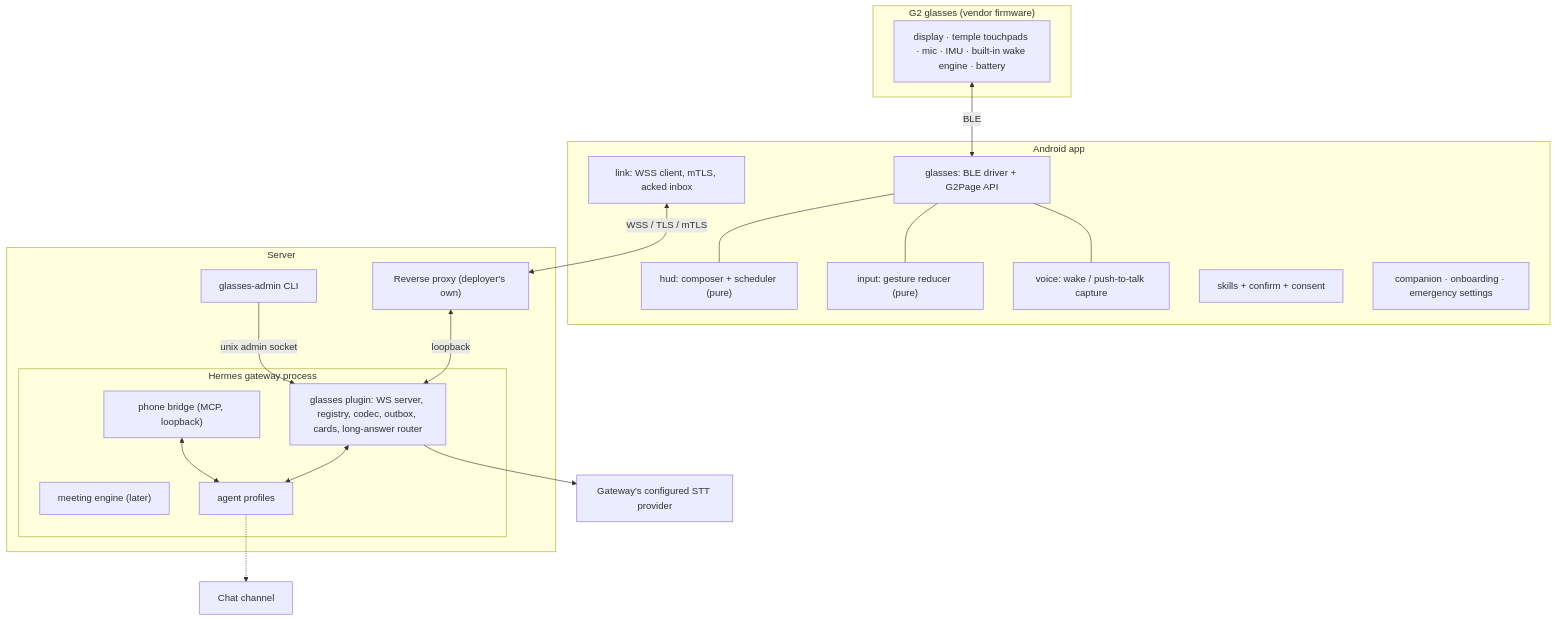
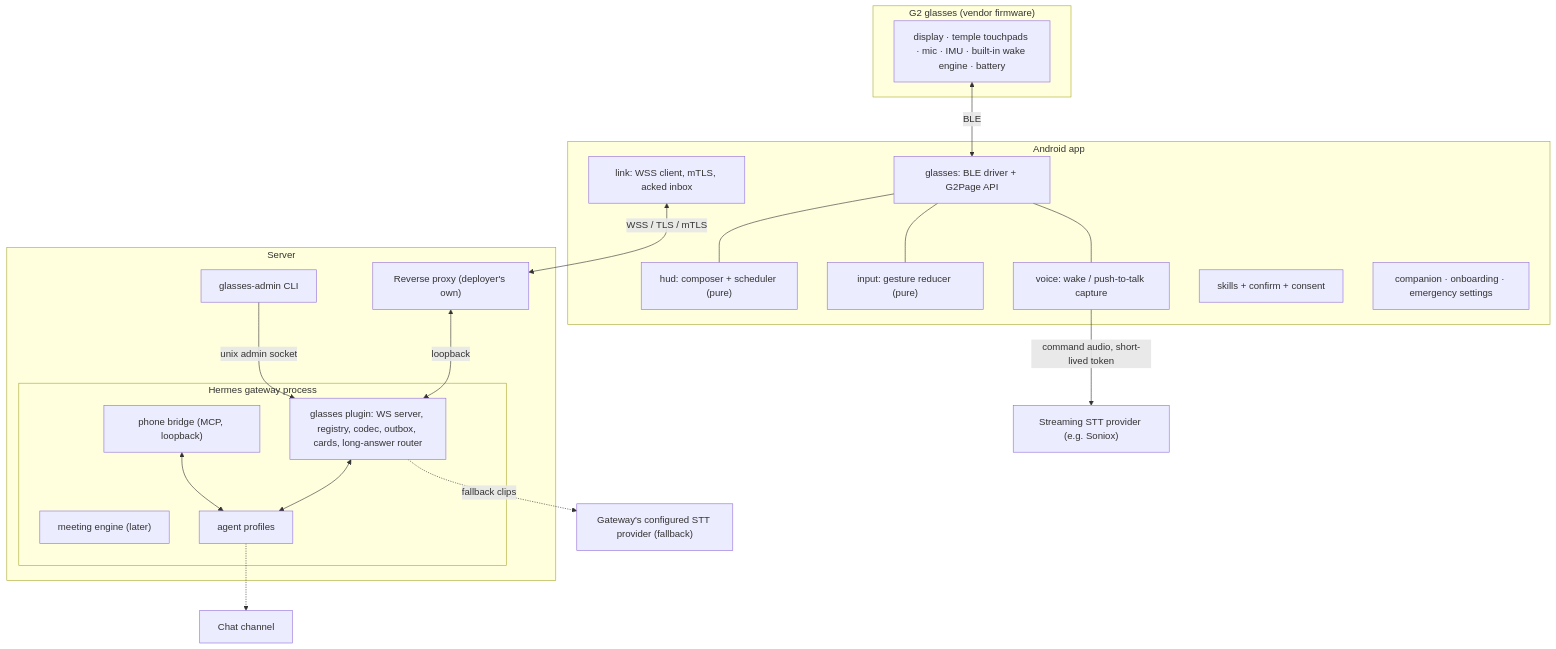
One commit to St34x/Wayfinch changed the first of 2 diagrams in docs/architecture.md. Above: the diagram before and after it, drawn with Mermaid. The commit also changed other lines of this file and 107 other files, not shown here.

````diff
--- a/docs/architecture.md
+++ b/docs/architecture.md
@@ -10,36 +10,38 @@
 ```mermaid
 flowchart TB
     subgraph Glasses["G2 glasses (vendor firmware)"]
         FW["display · temple touchpads · mic · IMU · built-in wake engine · battery"]
     end
     subgraph App["Android app"]
         DRV["glasses: BLE driver + G2Page API"]
         HUD["hud: composer + scheduler (pure)"]
         INP["input: gesture reducer (pure)"]
         VO["voice: wake / push-to-talk capture"]
         LINK["link: WSS client, mTLS, acked inbox"]
         SK["skills + confirm + consent"]
         UI["companion · onboarding · emergency settings"]
     end
     subgraph Srv["Server"]
         PX["Reverse proxy (deployer's own)"]
         subgraph GW["Hermes gateway process"]
             PL["glasses plugin: WS server, registry, codec, outbox, cards, long-answer router"]
             BR["phone bridge (MCP, loopback)"]
             ME["meeting engine (later)"]
             AG["agent profiles"]
         end
         ADM["glasses-admin CLI"]
     end
     CH["Chat channel"]
-    STT["Gateway's configured STT provider"]
+    SP["Streaming STT provider (e.g. Soniox)"]
+    STT["Gateway's configured STT provider (fallback)"]
     FW <-->|BLE| DRV
     DRV --- HUD & INP & VO
+    VO -->|"command audio, short-lived token"| SP
     LINK <-->|"WSS / TLS / mTLS"| PX
     PX <-->|loopback| PL
     PL <--> AG
     BR <--> AG
-    PL --> STT
+    PL -.->|"fallback clips"| STT
     AG -.-> CH
     ADM -->|"unix admin socket"| PL
 ```
````
